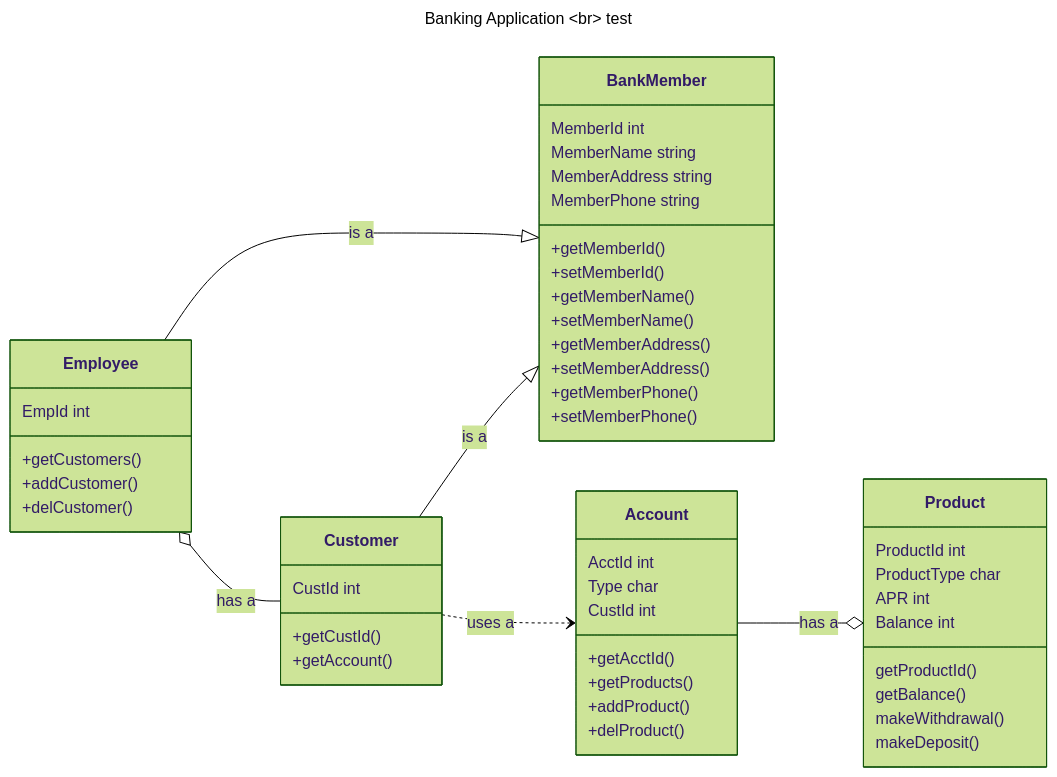
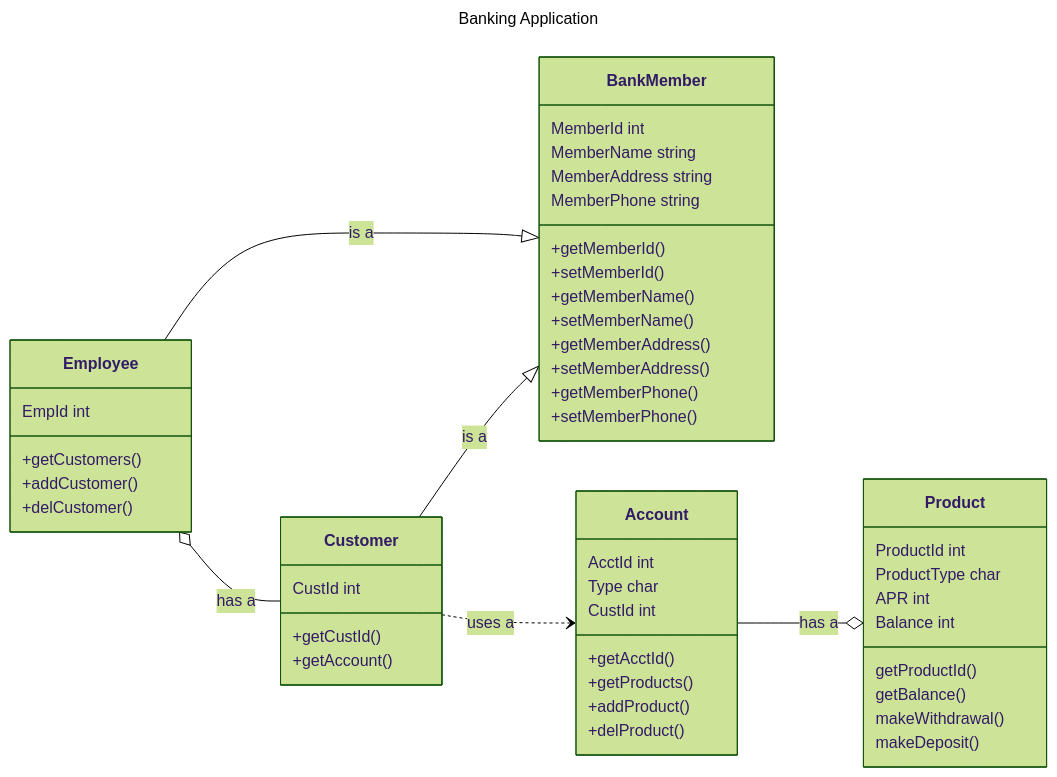
One commit to Marcus-Snell/Test changed the diagram in mermaid.md. Above: the diagram before and after it, drawn with Mermaid (forest theme).

````diff
--- a/mermaid.md
+++ b/mermaid.md
@@ -1,52 +1,52 @@
 ```mermaid
 ---
-title: Banking Application <br> test
+title: Banking Application
 ---
 classDiagram
 direction LR
 BankMember
 BankMember : MemberId int
 BankMember : MemberName string
 BankMember : MemberAddress string
 BankMember : MemberPhone string
 BankMember : +getMemberId()
 BankMember : +setMemberId()
 BankMember : +getMemberName()
 BankMember : +setMemberName()
 BankMember : +getMemberAddress()
 BankMember : +setMemberAddress()
 BankMember : +getMemberPhone()
 BankMember : +setMemberPhone()
 
 Employee --|> BankMember : is a
 Employee o-- Customer : has a
 Employee : EmpId int
 Employee : +getCustomers()
 Employee : +addCustomer()
 Employee : +delCustomer()
 
 Customer --|> BankMember : is a
 Customer ..> Account : uses a
 Customer : CustId int
 Customer : +getCustId()
 Customer : +getAccount()
 
 Account --o Product : has a
 Account : AcctId int
 Account : Type char
 Account : CustId int
 Account : +getAcctId()
 Account : +getProducts()
 Account : +addProduct()
 Account : +delProduct()
 
 Product : ProductId int
 Product : ProductType char
 Product : APR int
 Product : Balance int
 Product : getProductId()
 Product : getBalance()
 Product : makeWithdrawal()
 Product : makeDeposit()
 
 ```
````
